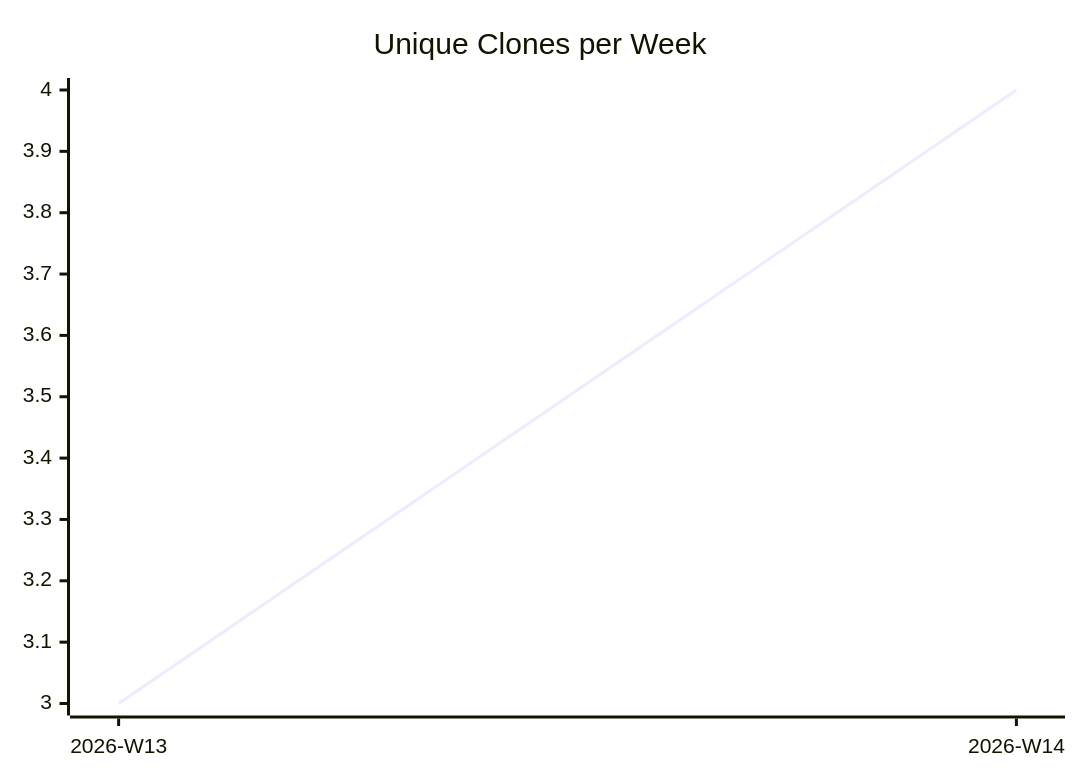
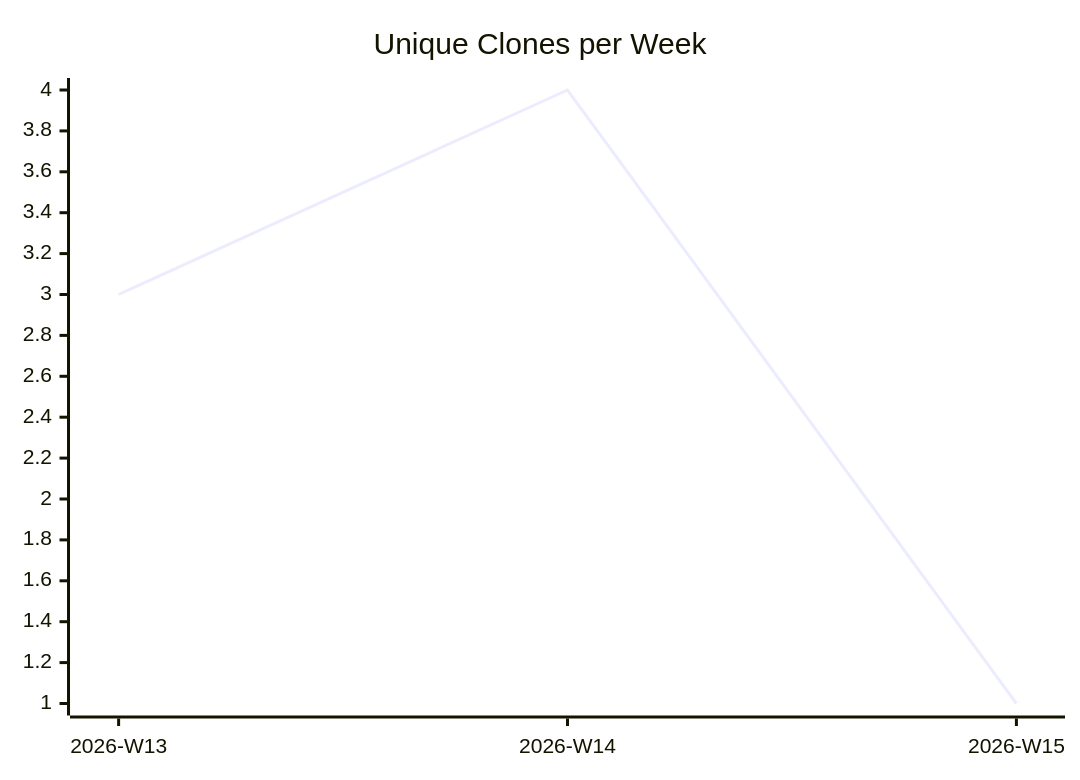
One commit to justdavis-family/github-analytics-data changed the third of 3 diagrams in karlmdavis/justdavis-karl/README.md. Above: the diagram before and after it, drawn with Mermaid. The commit also changed other lines of this file and 190 other files, not shown here.

````diff
--- a/karlmdavis/justdavis-karl/README.md
+++ b/karlmdavis/justdavis-karl/README.md
@@ -19,6 +19,6 @@
 ```mermaid
 xychart-beta
   title "Unique Clones per Week"
-  x-axis ["2026-W13", "2026-W14"]
-  line [3, 4]
+  x-axis ["2026-W13", "2026-W14", "2026-W15"]
+  line [3, 4, 1]
 ```
````
